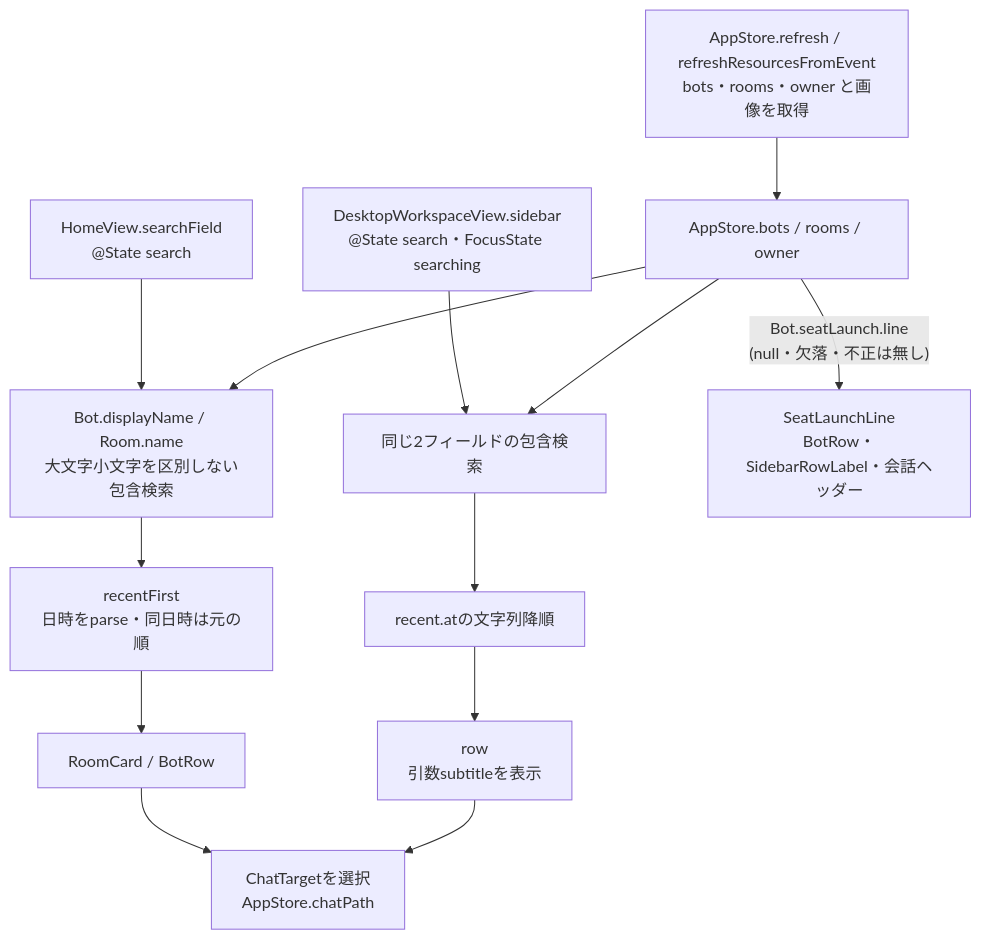
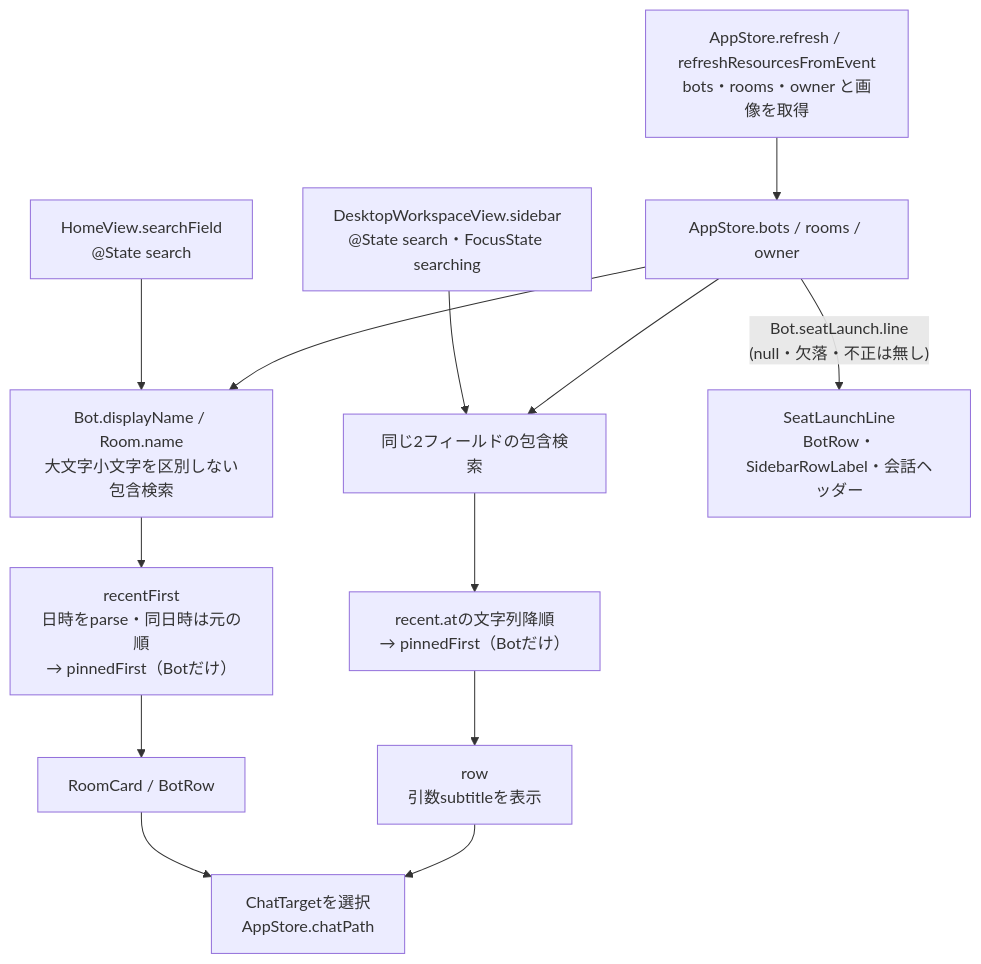
Before and after one commit to kitepon/BellTeam: the first of 3 diagrams in docs/architecture/modules/apple/members-and-rooms.md, drawn with Mermaid. The commit also changed other lines of this file and 10 other files, not shown here.

First line of the commit message:
a480-pin-apple: iPhone/Mac member list pin/unpin and pinned-first order (members contract a480)

````diff
--- a/docs/architecture/modules/apple/members-and-rooms.md
+++ b/docs/architecture/modules/apple/members-and-rooms.md
@@ -7,15 +7,15 @@
 ```mermaid
 flowchart TD
   Fetch["AppStore.refresh / refreshResourcesFromEvent<br/>bots・rooms・owner と画像を取得"] --> Models["AppStore.bots / rooms / owner"]
   PhoneInput["HomeView.searchField<br/>@State search"] --> PhoneFilter["Bot.displayName / Room.name<br/>大文字小文字を区別しない包含検索"]
   WideInput["DesktopWorkspaceView.sidebar<br/>@State search・FocusState searching"] --> WideFilter["同じ2フィールドの包含検索"]
   Models --> PhoneFilter
   Models --> WideFilter
-  PhoneFilter --> PhoneOrder["recentFirst<br/>日時をparse・同日時は元の順"]
-  WideFilter --> WideOrder["recent.atの文字列降順"]
+  PhoneFilter --> PhoneOrder["recentFirst<br/>日時をparse・同日時は元の順<br/>→ pinnedFirst（Botだけ）"]
+  WideFilter --> WideOrder["recent.atの文字列降順<br/>→ pinnedFirst（Botだけ）"]
   PhoneOrder --> PhoneRows["RoomCard / BotRow"]
   WideOrder --> WideRows["row<br/>引数subtitleを表示"]
   Models -->|"Bot.seatLaunch.line<br/>(null・欠落・不正は無し)"| Notice["SeatLaunchLine<br/>BotRow・SidebarRowLabel・会話ヘッダー"]
   PhoneRows --> Nav["ChatTargetを選択<br/>AppStore.chatPath"]
   WideRows --> Nav
 ```
````
